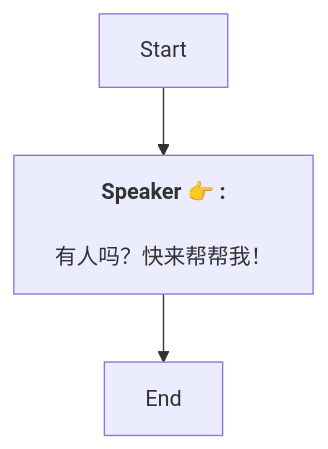
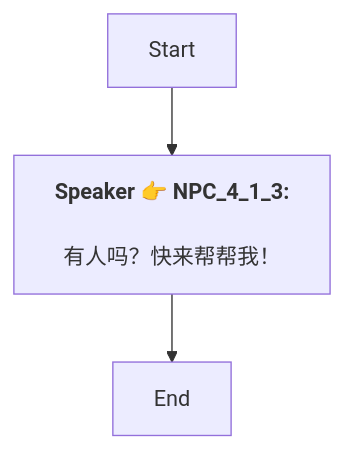
One commit to SoftHu/tos_avg changed the diagram in Zh/Dialog_55197877742593.md. Above: the diagram before and after it, drawn with Mermaid. The commit also changed 780 other files, not shown here.

````diff
--- a/Zh/Dialog_55197877742593.md
+++ b/Zh/Dialog_55197877742593.md
@@ -1,7 +1,7 @@
 ```mermaid
 graph
-Start -->1766332096469984[<b>Speaker 👉 :</b>
+Start -->1766332096469984[<b>Speaker 👉 NPC_4_1_3:</b>
 \n有人吗？快来帮帮我！]
 1766332096469984 -->1766332107561954[End]
 
 ```
````
